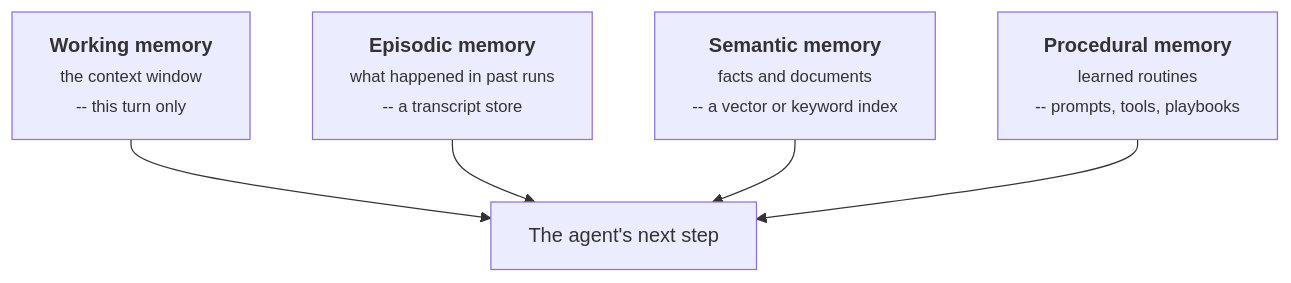
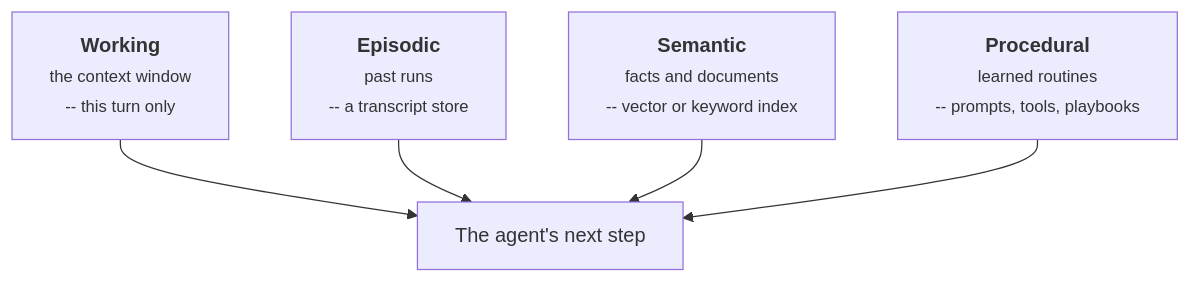
Before and after one commit to situkangsayur/dnd-ai-products-services-pro-course-slides: the diagram in figs/hendri-memory.mmd, drawn with Mermaid. The commit also changed 95 other files, not shown here.

```diff
--- a/figs/hendri-memory.mmd
+++ b/figs/hendri-memory.mmd
@@ -1,11 +1,11 @@
 
 flowchart TB
-  W["<b>Working memory</b><br/><small>the context window<br/>-- this turn only</small>"]
-  E["<b>Episodic memory</b><br/><small>what happened in past runs<br/>-- a transcript store</small>"]
-  S["<b>Semantic memory</b><br/><small>facts and documents<br/>-- a vector or keyword index</small>"]
-  P["<b>Procedural memory</b><br/><small>learned routines<br/>-- prompts, tools, playbooks</small>"]
+  W["<b>Working</b><br/><small>the context window<br/>-- this turn only</small>"]
+  E["<b>Episodic</b><br/><small>past runs<br/>-- a transcript store</small>"]
+  S["<b>Semantic</b><br/><small>facts and documents<br/>-- vector or keyword index</small>"]
+  P["<b>Procedural</b><br/><small>learned routines<br/>-- prompts, tools, playbooks</small>"]
   A["The agent's next step"]
   W --> A
   E --> A
   S --> A
   P --> A
```
